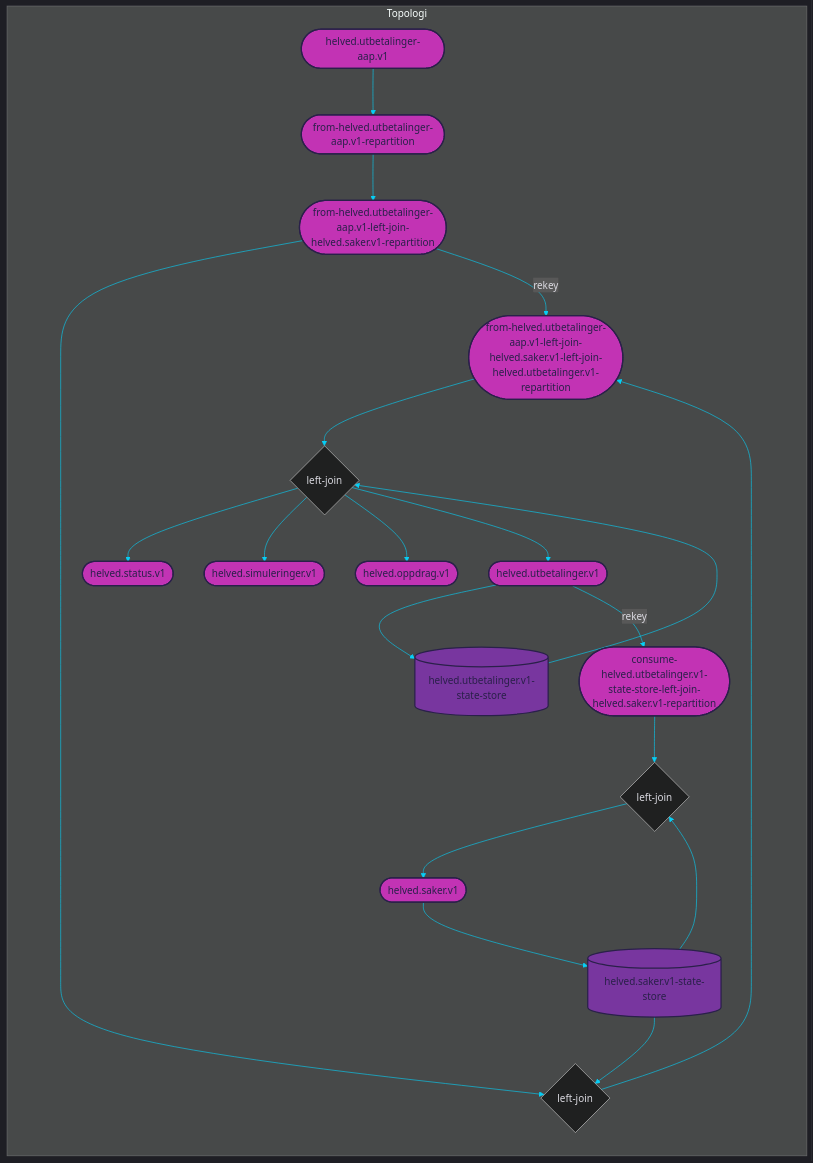
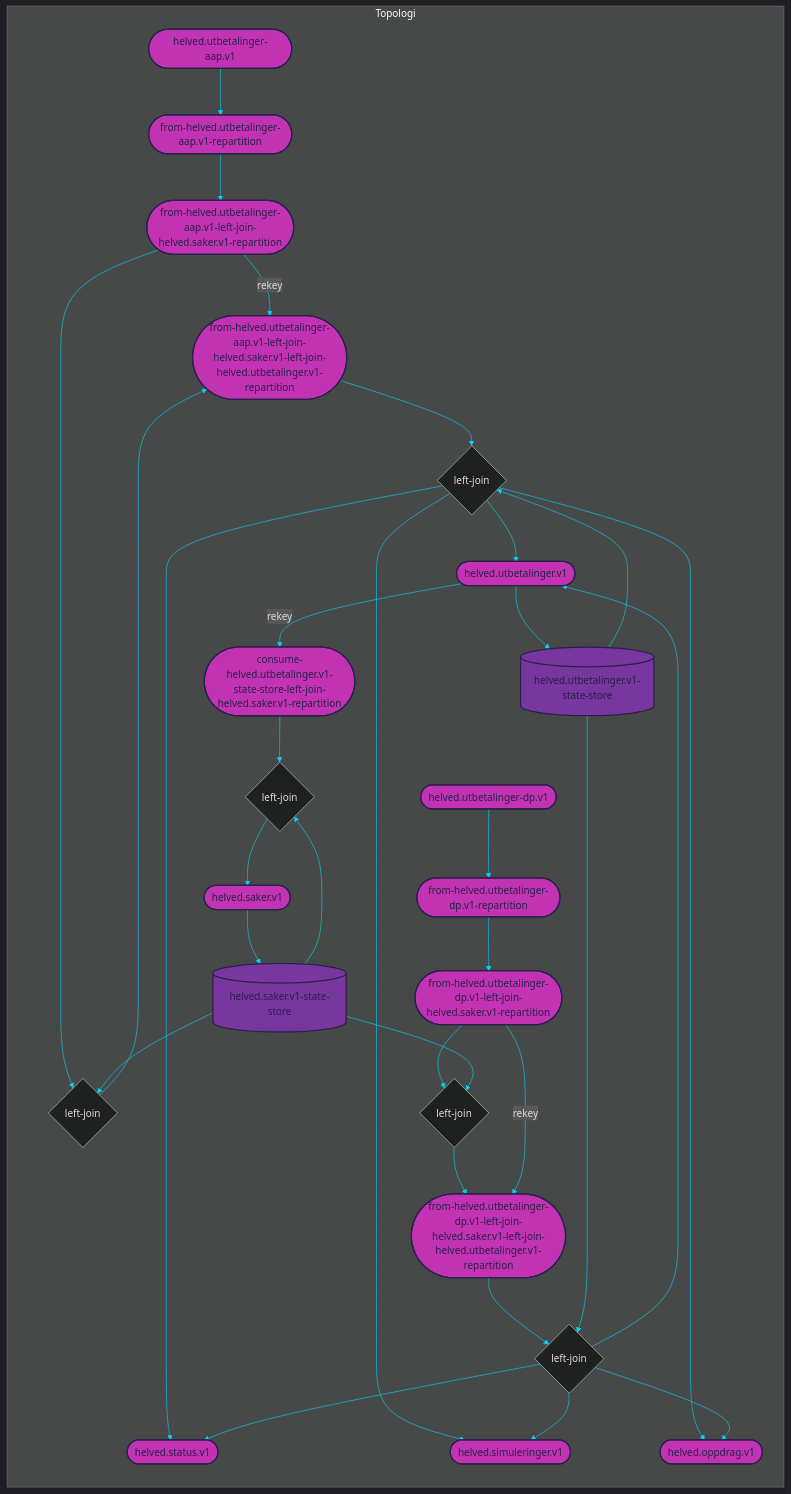
The diagram in dokumentasjon/topology.mmd (navikt/helved-utbetaling), drawn with Mermaid before and after one commit. The commit also changed 9 other files, not shown here.

```diff
--- a/dokumentasjon/topology.mmd
+++ b/dokumentasjon/topology.mmd
@@ -1,93 +1,115 @@
 
 %%{init: {'theme': 'dark', 'themeVariables': { 'primaryColor': '#07cff6', 'textColor': '#dad9e0', 'lineColor': '#07cff6'}}}%%
 
 graph LR
 
 subgraph Topologi
     %% TOPICS
     from-helved.utbetalinger-aap.v1-left-join-helved.saker.v1-left-join-helved.utbetalinger.v1-repartition([from-helved.utbetalinger-aap.v1-left-join-helved.saker.v1-left-join-helved.utbetalinger.v1-repartition])
+	from-helved.utbetalinger-dp.v1-left-join-helved.saker.v1-left-join-helved.utbetalinger.v1-repartition([from-helved.utbetalinger-dp.v1-left-join-helved.saker.v1-left-join-helved.utbetalinger.v1-repartition])
 	helved.utbetalinger.v1([helved.utbetalinger.v1])
 	consume-helved.utbetalinger.v1-state-store-left-join-helved.saker.v1-repartition([consume-helved.utbetalinger.v1-state-store-left-join-helved.saker.v1-repartition])
 	helved.oppdrag.v1([helved.oppdrag.v1])
 	helved.simuleringer.v1([helved.simuleringer.v1])
 	helved.status.v1([helved.status.v1])
 	from-helved.utbetalinger-aap.v1-left-join-helved.saker.v1-repartition([from-helved.utbetalinger-aap.v1-left-join-helved.saker.v1-repartition])
+	from-helved.utbetalinger-dp.v1-left-join-helved.saker.v1-repartition([from-helved.utbetalinger-dp.v1-left-join-helved.saker.v1-repartition])
 	helved.saker.v1([helved.saker.v1])
 	helved.utbetalinger-aap.v1([helved.utbetalinger-aap.v1])
 	from-helved.utbetalinger-aap.v1-repartition([from-helved.utbetalinger-aap.v1-repartition])
+	helved.utbetalinger-dp.v1([helved.utbetalinger-dp.v1])
+	from-helved.utbetalinger-dp.v1-repartition([from-helved.utbetalinger-dp.v1-repartition])
 
     %% JOINS
     from-helved.utbetalinger-aap.v1-left-join-helved.saker.v1-left-join-helved.utbetalinger.v1{left-join}
+	from-helved.utbetalinger-dp.v1-left-join-helved.saker.v1-left-join-helved.utbetalinger.v1{left-join}
 	from-helved.utbetalinger-aap.v1-left-join-helved.saker.v1{left-join}
+	from-helved.utbetalinger-dp.v1-left-join-helved.saker.v1{left-join}
 	consume-helved.utbetalinger.v1-state-store-left-join-helved.saker.v1{left-join}
 
     %% STATE PROCESSORS
     
     
     %% STATE STORES
     helved.utbetalinger.v1-state-store[(helved.utbetalinger.v1-state-store)]
 	helved.saker.v1-state-store[(helved.saker.v1-state-store)]
     
     %% DATABASES
     
     
 
     %% PROCESSOR API JOBS
     
     
     %% JOIN STREAMS
     from-helved.utbetalinger-aap.v1-left-join-helved.saker.v1-left-join-helved.utbetalinger.v1-repartition --> from-helved.utbetalinger-aap.v1-left-join-helved.saker.v1-left-join-helved.utbetalinger.v1
 	helved.utbetalinger.v1-state-store --> from-helved.utbetalinger-aap.v1-left-join-helved.saker.v1-left-join-helved.utbetalinger.v1
 	from-helved.utbetalinger-aap.v1-left-join-helved.saker.v1-left-join-helved.utbetalinger.v1 --> helved.status.v1
 	from-helved.utbetalinger-aap.v1-left-join-helved.saker.v1-left-join-helved.utbetalinger.v1 --> helved.simuleringer.v1
+	from-helved.utbetalinger-aap.v1-left-join-helved.saker.v1-left-join-helved.utbetalinger.v1 --> helved.utbetalinger.v1
 	from-helved.utbetalinger-aap.v1-left-join-helved.saker.v1-left-join-helved.utbetalinger.v1 --> helved.oppdrag.v1
-	from-helved.utbetalinger-aap.v1-left-join-helved.saker.v1-left-join-helved.utbetalinger.v1 --> helved.utbetalinger.v1
+	from-helved.utbetalinger-dp.v1-left-join-helved.saker.v1-left-join-helved.utbetalinger.v1-repartition --> from-helved.utbetalinger-dp.v1-left-join-helved.saker.v1-left-join-helved.utbetalinger.v1
+	helved.utbetalinger.v1-state-store --> from-helved.utbetalinger-dp.v1-left-join-helved.saker.v1-left-join-helved.utbetalinger.v1
+	from-helved.utbetalinger-dp.v1-left-join-helved.saker.v1-left-join-helved.utbetalinger.v1 --> helved.utbetalinger.v1
+	from-helved.utbetalinger-dp.v1-left-join-helved.saker.v1-left-join-helved.utbetalinger.v1 --> helved.oppdrag.v1
+	from-helved.utbetalinger-dp.v1-left-join-helved.saker.v1-left-join-helved.utbetalinger.v1 --> helved.status.v1
+	from-helved.utbetalinger-dp.v1-left-join-helved.saker.v1-left-join-helved.utbetalinger.v1 --> helved.simuleringer.v1
 	from-helved.utbetalinger-aap.v1-left-join-helved.saker.v1-repartition --> from-helved.utbetalinger-aap.v1-left-join-helved.saker.v1
 	helved.saker.v1-state-store --> from-helved.utbetalinger-aap.v1-left-join-helved.saker.v1
 	from-helved.utbetalinger-aap.v1-left-join-helved.saker.v1 --> from-helved.utbetalinger-aap.v1-left-join-helved.saker.v1-left-join-helved.utbetalinger.v1-repartition
+	from-helved.utbetalinger-dp.v1-left-join-helved.saker.v1-repartition --> from-helved.utbetalinger-dp.v1-left-join-helved.saker.v1
+	helved.saker.v1-state-store --> from-helved.utbetalinger-dp.v1-left-join-helved.saker.v1
+	from-helved.utbetalinger-dp.v1-left-join-helved.saker.v1 --> from-helved.utbetalinger-dp.v1-left-join-helved.saker.v1-left-join-helved.utbetalinger.v1-repartition
 	consume-helved.utbetalinger.v1-state-store-left-join-helved.saker.v1-repartition --> consume-helved.utbetalinger.v1-state-store-left-join-helved.saker.v1
 	helved.saker.v1-state-store --> consume-helved.utbetalinger.v1-state-store-left-join-helved.saker.v1
 	consume-helved.utbetalinger.v1-state-store-left-join-helved.saker.v1 --> helved.saker.v1
 
     %% TABLE STREAMS
     helved.utbetalinger.v1 --> helved.utbetalinger.v1-state-store
 	helved.saker.v1 --> helved.saker.v1-state-store
 
     %% JOB STREAMS
     
     
     %% BRANCH STREAMS
     
 
     %% REPARTITION STREAMS
     helved.utbetalinger.v1 --> |rekey| consume-helved.utbetalinger.v1-state-store-left-join-helved.saker.v1-repartition
 	from-helved.utbetalinger-aap.v1-left-join-helved.saker.v1-repartition --> |rekey| from-helved.utbetalinger-aap.v1-left-join-helved.saker.v1-left-join-helved.utbetalinger.v1-repartition
+	from-helved.utbetalinger-dp.v1-left-join-helved.saker.v1-repartition --> |rekey| from-helved.utbetalinger-dp.v1-left-join-helved.saker.v1-left-join-helved.utbetalinger.v1-repartition
     
     %% BASIC STREAMS
     helved.utbetalinger-aap.v1 --> from-helved.utbetalinger-aap.v1-repartition
 	from-helved.utbetalinger-aap.v1-repartition --> from-helved.utbetalinger-aap.v1-left-join-helved.saker.v1-repartition
+	helved.utbetalinger-dp.v1 --> from-helved.utbetalinger-dp.v1-repartition
+	from-helved.utbetalinger-dp.v1-repartition --> from-helved.utbetalinger-dp.v1-left-join-helved.saker.v1-repartition
     
     %% CUSTOM PROCESS STREAMS
     
 end
 
 %% COLORS
 %% light    #dad9e0
 %% purple   #78369f
 %% pink     #c233b4
 %% dark     #2a204a
 %% blue     #07cff6
 
 %% STYLES
 style from-helved.utbetalinger-aap.v1-left-join-helved.saker.v1-left-join-helved.utbetalinger.v1-repartition fill:#c233b4, stroke:#2a204a, stroke-width:2px, color:#2a204a
+style from-helved.utbetalinger-dp.v1-left-join-helved.saker.v1-left-join-helved.utbetalinger.v1-repartition fill:#c233b4, stroke:#2a204a, stroke-width:2px, color:#2a204a
 style helved.utbetalinger.v1 fill:#c233b4, stroke:#2a204a, stroke-width:2px, color:#2a204a
 style consume-helved.utbetalinger.v1-state-store-left-join-helved.saker.v1-repartition fill:#c233b4, stroke:#2a204a, stroke-width:2px, color:#2a204a
 style helved.oppdrag.v1 fill:#c233b4, stroke:#2a204a, stroke-width:2px, color:#2a204a
 style helved.simuleringer.v1 fill:#c233b4, stroke:#2a204a, stroke-width:2px, color:#2a204a
 style helved.status.v1 fill:#c233b4, stroke:#2a204a, stroke-width:2px, color:#2a204a
 style from-helved.utbetalinger-aap.v1-left-join-helved.saker.v1-repartition fill:#c233b4, stroke:#2a204a, stroke-width:2px, color:#2a204a
+style from-helved.utbetalinger-dp.v1-left-join-helved.saker.v1-repartition fill:#c233b4, stroke:#2a204a, stroke-width:2px, color:#2a204a
 style helved.saker.v1 fill:#c233b4, stroke:#2a204a, stroke-width:2px, color:#2a204a
 style helved.utbetalinger-aap.v1 fill:#c233b4, stroke:#2a204a, stroke-width:2px, color:#2a204a
 style from-helved.utbetalinger-aap.v1-repartition fill:#c233b4, stroke:#2a204a, stroke-width:2px, color:#2a204a
+style helved.utbetalinger-dp.v1 fill:#c233b4, stroke:#2a204a, stroke-width:2px, color:#2a204a
+style from-helved.utbetalinger-dp.v1-repartition fill:#c233b4, stroke:#2a204a, stroke-width:2px, color:#2a204a
 style helved.utbetalinger.v1-state-store fill:#78369f, stroke:#2a204a, stroke-width:2px, color:#2a204a
 style helved.saker.v1-state-store fill:#78369f, stroke:#2a204a, stroke-width:2px, color:#2a204a
```
